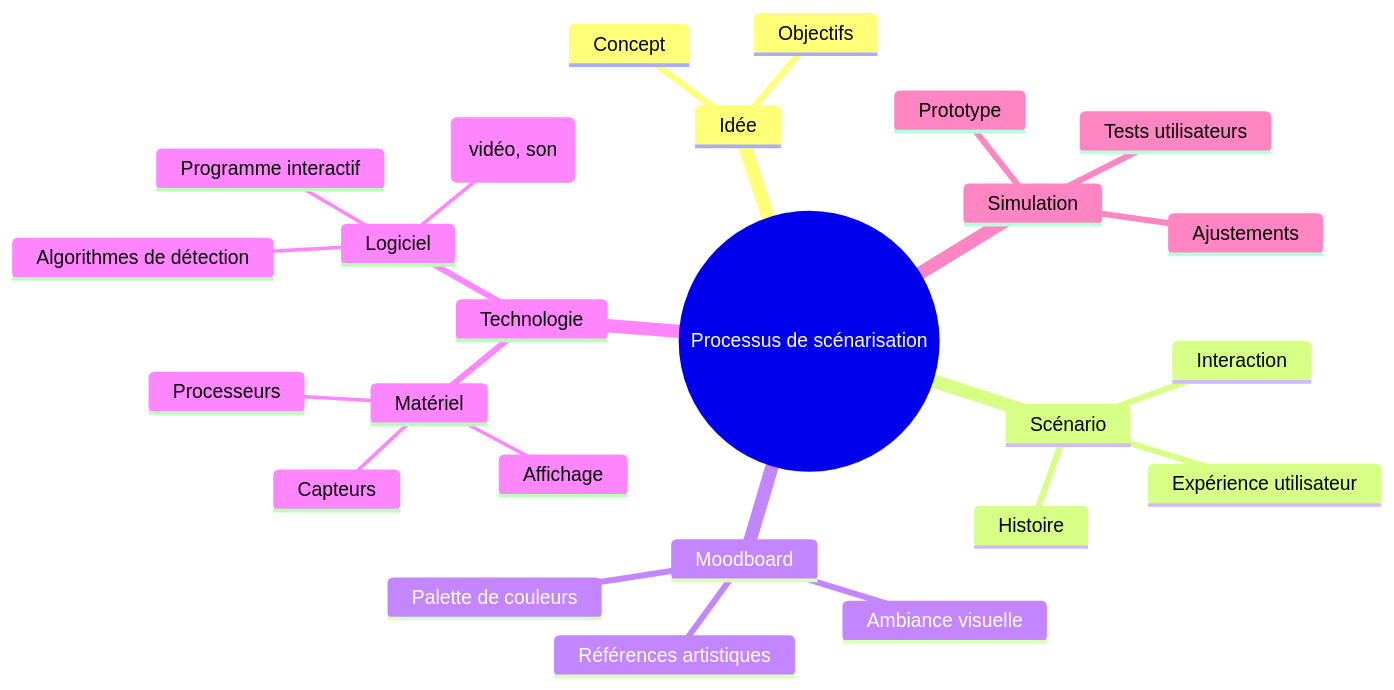
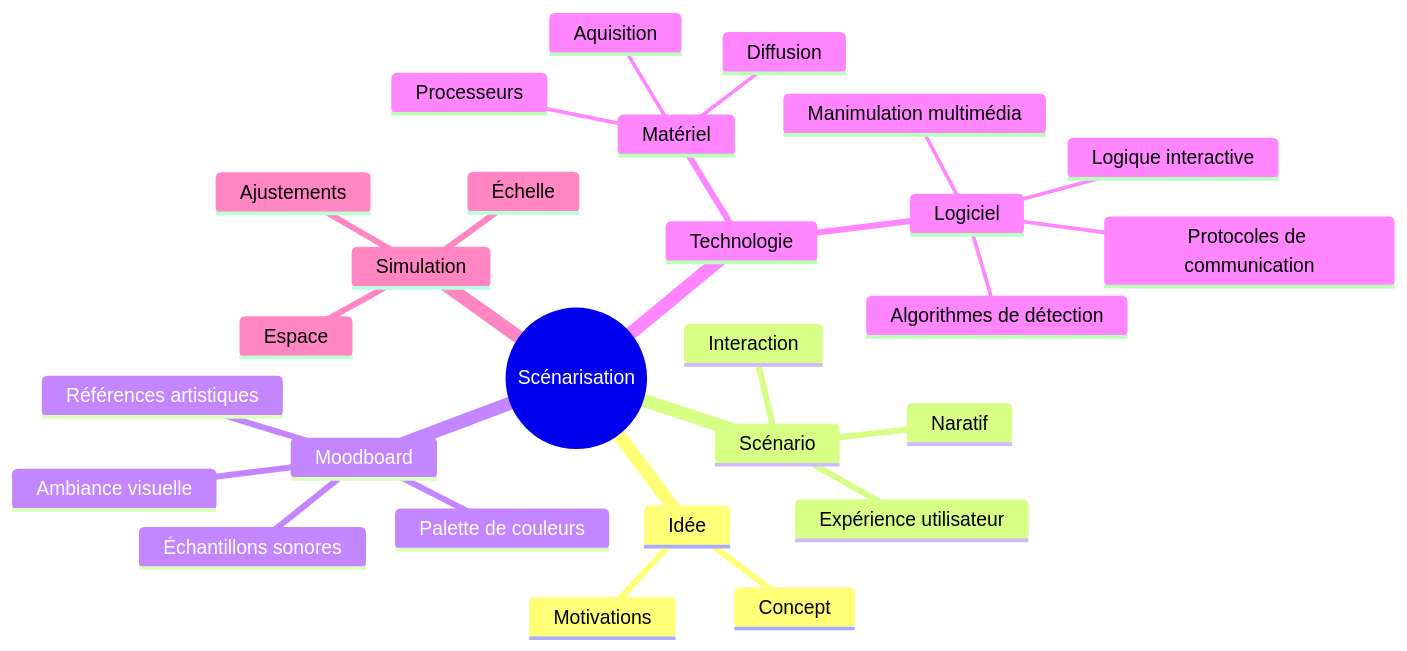
Before and after one commit to tim-montmorency/582523-gestion: the diagram in activites/2_scenariser/README.md, drawn with Mermaid. The commit also changed 13 other files, not shown here.

````diff
--- a/activites/2_scenariser/README.md
+++ b/activites/2_scenariser/README.md
@@ -3,28 +3,30 @@
 ```mermaid
 mindmap
-  root((Processus de scénarisation))
+  root((Scénarisation))
     Idée
       Concept
-      Objectifs
+      Motivations
     Scénario
-      Histoire
+      Naratif
       Interaction
       Expérience utilisateur
     Moodboard
       Ambiance visuelle
+      Palette de couleurs
       Références artistiques
-      Palette de couleurs
+      Échantillons sonores
     Technologie
       Matériel
-        Capteurs
+        Aquisition
         Processeurs
-        Affichage
+        Diffusion
       Logiciel
-        Programme interactif
         Algorithmes de détection
-        Média (vidéo, son)
+        Logique interactive
+        Manimulation multimédia
+        Protocoles de communication
     Simulation
-      Prototype
-      Tests utilisateurs
+      Échelle
+      Espace
       Ajustements
 ```
````
